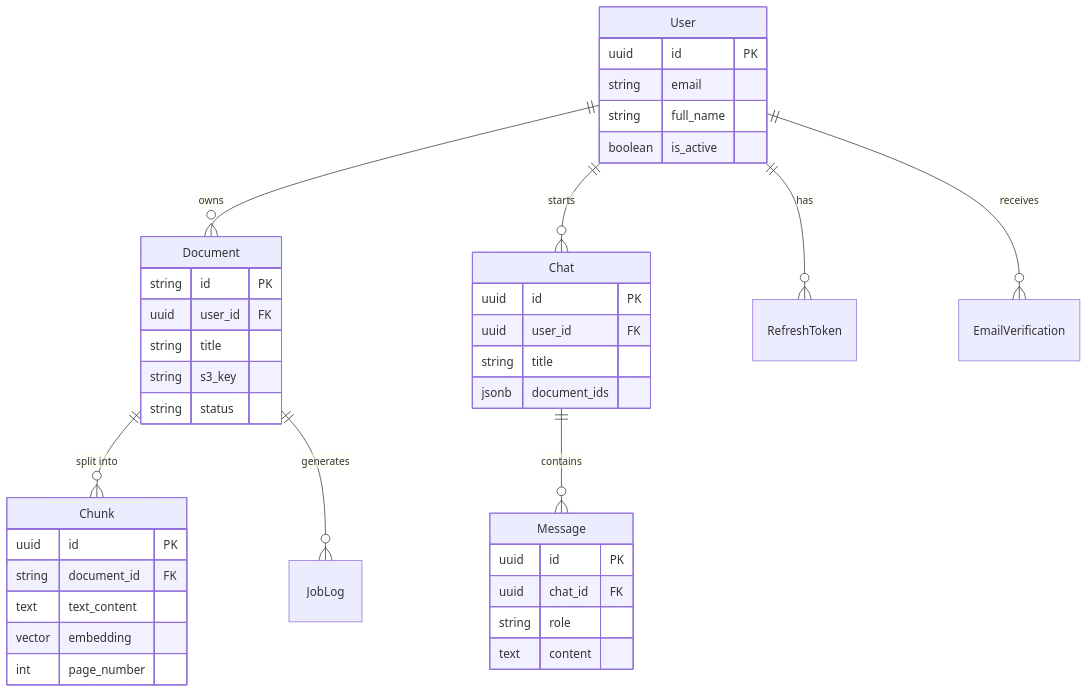
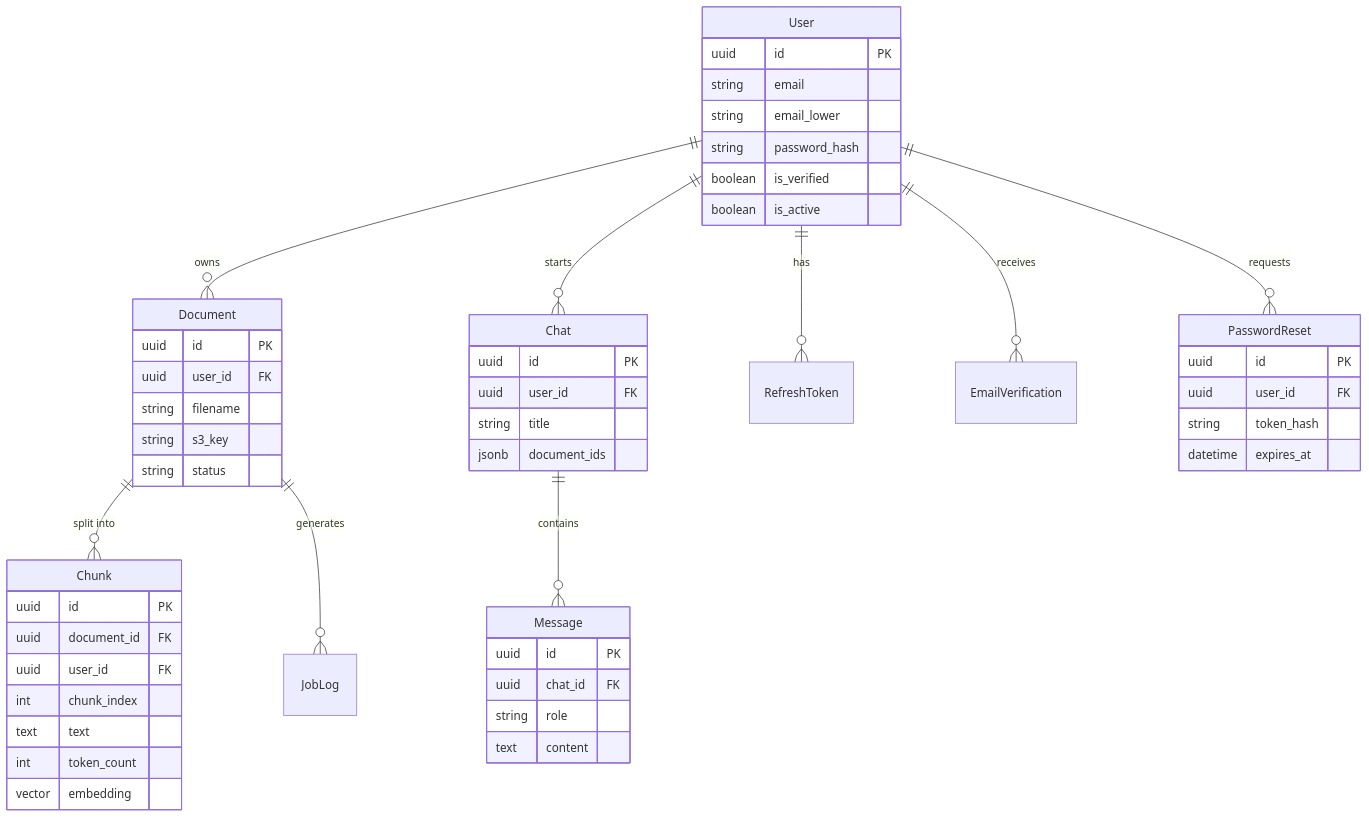
One commit to KanavSingla28-k/PDFTalk changed the second of 2 diagrams in README.md. Above: the diagram before and after it, drawn with Mermaid. The commit also changed other lines of this file, not shown here.

Commit message:
update: Readme.md

````diff
--- a/README.md
+++ b/README.md
@@ -84,49 +84,61 @@
 ```mermaid
 erDiagram
     User ||--o{ Document : "owns"
     User ||--o{ Chat : "starts"
     User ||--o{ RefreshToken : "has"
     User ||--o{ EmailVerification : "receives"
+    User ||--o{ PasswordReset : "requests"
     
     Document ||--o{ Chunk : "split into"
     Document ||--o{ JobLog : "generates"
     
     Chat ||--o{ Message : "contains"
     
     User {
         uuid id PK
         string email
-        string full_name
+        string email_lower
+        string password_hash
+        boolean is_verified
         boolean is_active
     }
     
     Document {
-        string id PK
+        uuid id PK
         uuid user_id FK
-        string title
+        string filename
         string s3_key
         string status
     }
     
     Chunk {
         uuid id PK
-        string document_id FK
-        text text_content
+        uuid document_id FK
+        uuid user_id FK
+        int chunk_index
+        text text
+        int token_count
         vector embedding
-        int page_number
     }
     
     Chat {
         uuid id PK
         uuid user_id FK
         string title
         jsonb document_ids
     }
     
     Message {
         uuid id PK
         uuid chat_id FK
         string role
         text content
     }
+    
+    PasswordReset {
+        uuid id PK
+        uuid user_id FK
+        string token_hash
+        datetime expires_at
+    }
 ```
````
